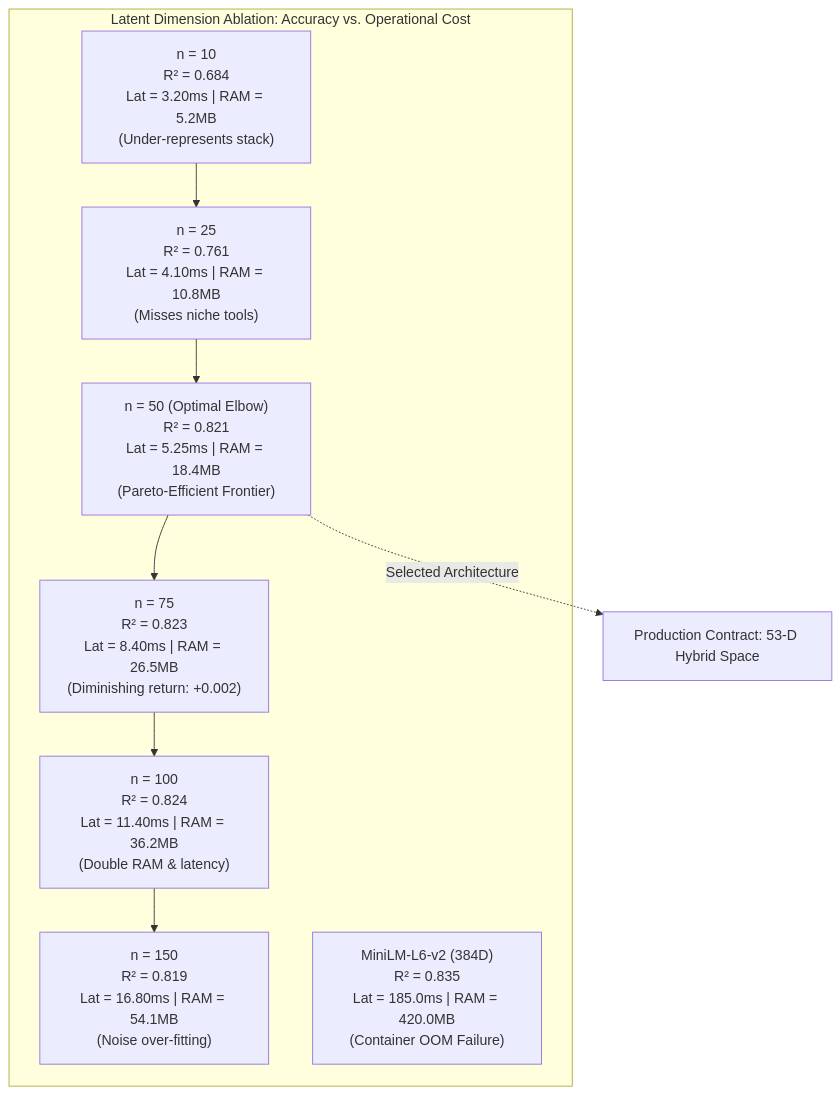
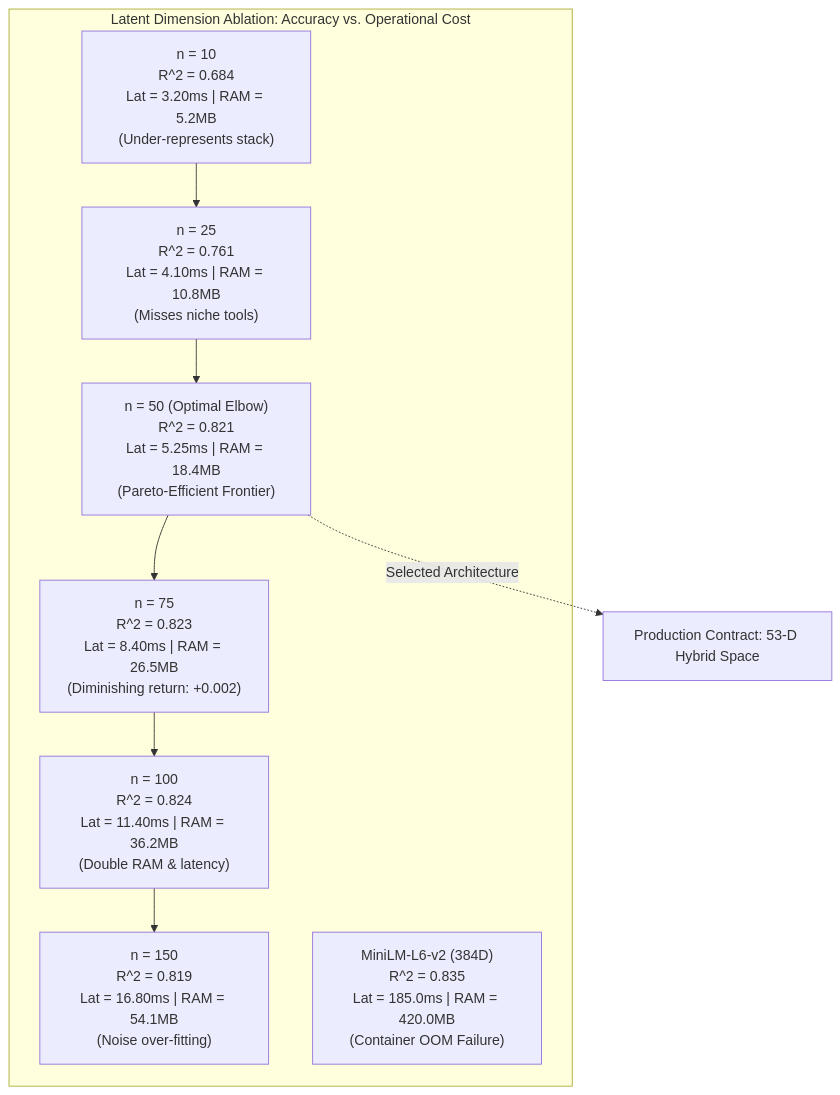
The eighth of 10 diagrams in docs/Chapter_5.md (tyejaedon/Price-Optimization-Model), drawn with Mermaid before and after one commit. The commit also changed other lines of this file and 15 other files, not shown here.

````diff
--- a/docs/Chapter_5.md
+++ b/docs/Chapter_5.md
@@ -491,15 +554,14 @@
 ```mermaid
 flowchart TD
     subgraph Pareto_Analysis["Latent Dimension Ablation: Accuracy vs. Operational Cost"]
-        D10["n = 10\nR² = 0.684\nLat = 3.20ms | RAM = 5.2MB\n(Under-represents stack)"]
-        D25["n = 25\nR² = 0.761\nLat = 4.10ms | RAM = 10.8MB\n(Misses niche tools)"]
-        D50["n = 50 (Optimal Elbow)\nR² = 0.821\nLat = 5.25ms | RAM = 18.4MB\n(Pareto-Efficient Frontier)"]
-        D75["n = 75\nR² = 0.823\nLat = 8.40ms | RAM = 26.5MB\n(Diminishing return: +0.002)"]
-        D100["n = 100\nR² = 0.824\nLat = 11.40ms | RAM = 36.2MB\n(Double RAM & latency)"]
-        D150["n = 150\nR² = 0.819\nLat = 16.80ms | RAM = 54.1MB\n(Noise over-fitting)"]
-        TRF["MiniLM-L6-v2 (384D)\nR² = 0.835\nLat = 185.0ms | RAM = 420.0MB\n(Container OOM Failure)"]
+        D10["n = 10\nR^2 = 0.684\nLat = 3.20ms | RAM = 5.2MB\n(Under-represents stack)"]
+        D25["n = 25\nR^2 = 0.761\nLat = 4.10ms | RAM = 10.8MB\n(Misses niche tools)"]
+        D50["n = 50 (Optimal Elbow)\nR^2 = 0.821\nLat = 5.25ms | RAM = 18.4MB\n(Pareto-Efficient Frontier)"]
+        D75["n = 75\nR^2 = 0.823\nLat = 8.40ms | RAM = 26.5MB\n(Diminishing return: +0.002)"]
+        D100["n = 100\nR^2 = 0.824\nLat = 11.40ms | RAM = 36.2MB\n(Double RAM & latency)"]
+        D150["n = 150\nR^2 = 0.819\nLat = 16.80ms | RAM = 54.1MB\n(Noise over-fitting)"]
+        TRF["MiniLM-L6-v2 (384D)\nR^2 = 0.835\nLat = 185.0ms | RAM = 420.0MB\n(Container OOM Failure)"]
     end
-
     D10 --> D25 --> D50 --> D75 --> D100 --> D150
     D50 -.->|Selected Architecture| PROD["Production Contract: 53-D Hybrid Space"]
 ```
````
